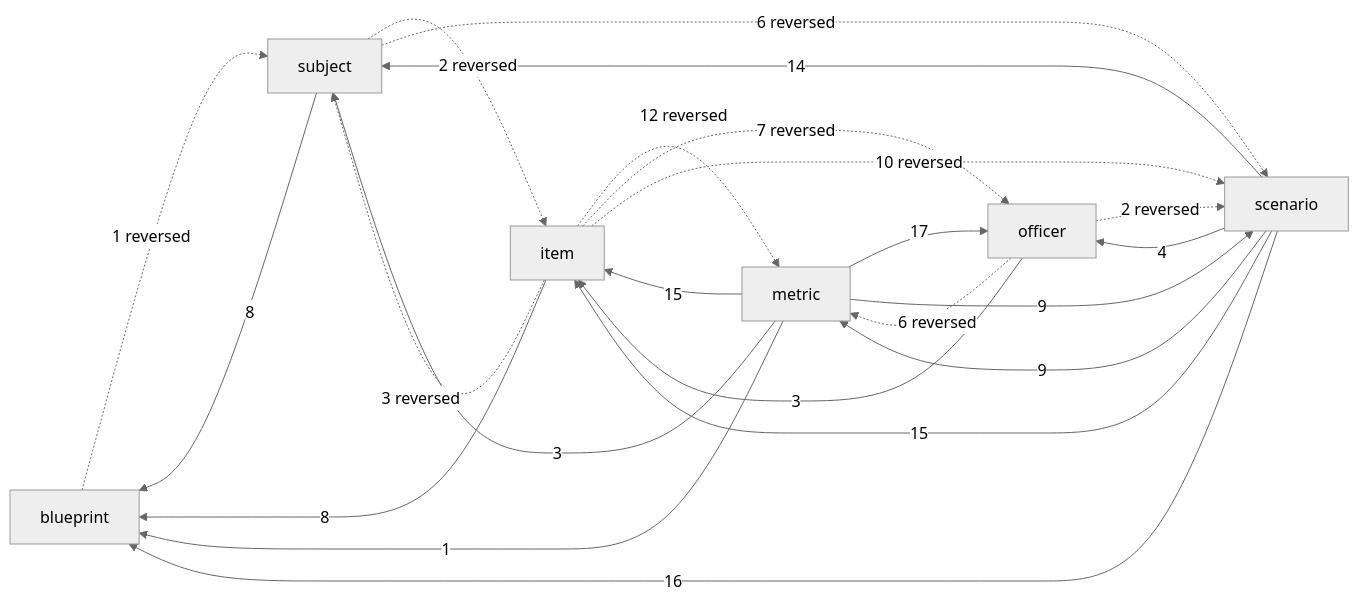
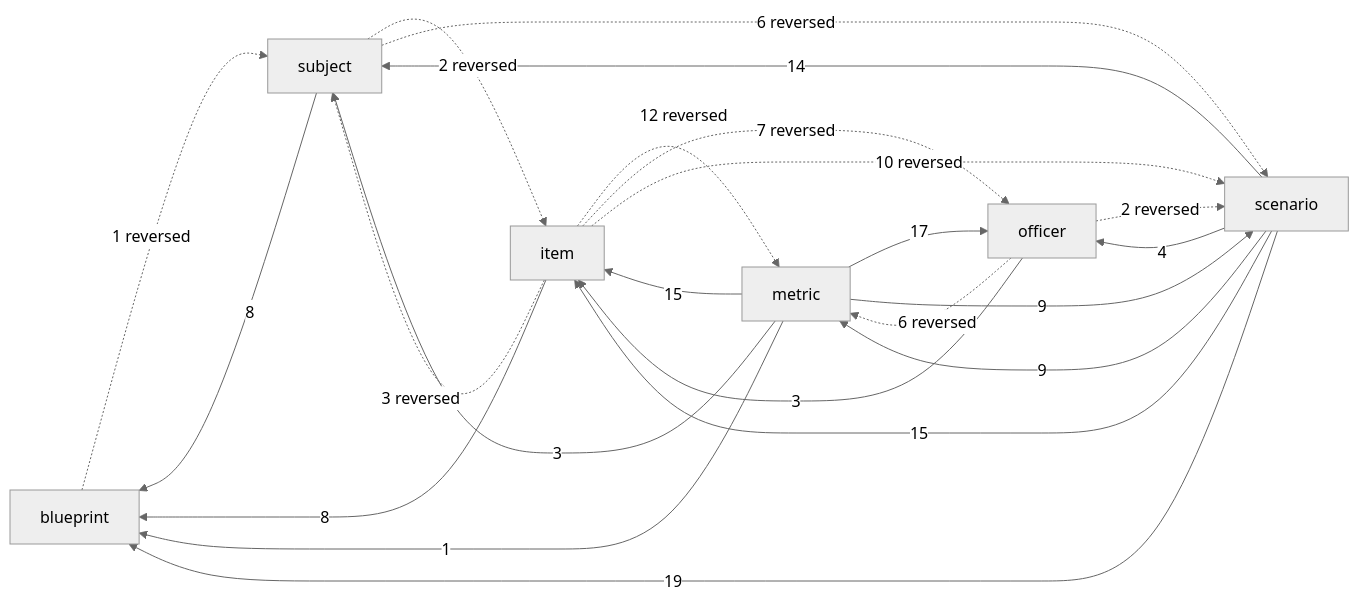
One commit to geraldmaron/tactically-idle changed the diagram in docs/architecture.md. Above: the diagram before and after it, drawn with Mermaid (neutral theme). The commit also changed other lines of this file and 34 other files, not shown here.

````diff
--- a/docs/architecture.md
+++ b/docs/architecture.md
@@ -39,25 +39,25 @@
 ```mermaid
 flowchart LR
   blueprint -.->|1 reversed| subject
   item -->|8| blueprint
   item -.->|12 reversed| metric
   item -.->|7 reversed| officer
   item -.->|10 reversed| scenario
   item -.->|3 reversed| subject
   metric -->|1| blueprint
   metric -->|15| item
   metric -->|17| officer
   metric -->|9| scenario
   metric -->|3| subject
   officer -->|3| item
   officer -.->|6 reversed| metric
   officer -.->|2 reversed| scenario
-  scenario -->|16| blueprint
+  scenario -->|19| blueprint
   scenario -->|15| item
   scenario -->|9| metric
   scenario -->|4| officer
   scenario -->|14| subject
   subject -->|8| blueprint
   subject -.->|2 reversed| item
   subject -.->|6 reversed| scenario
 ```
````
